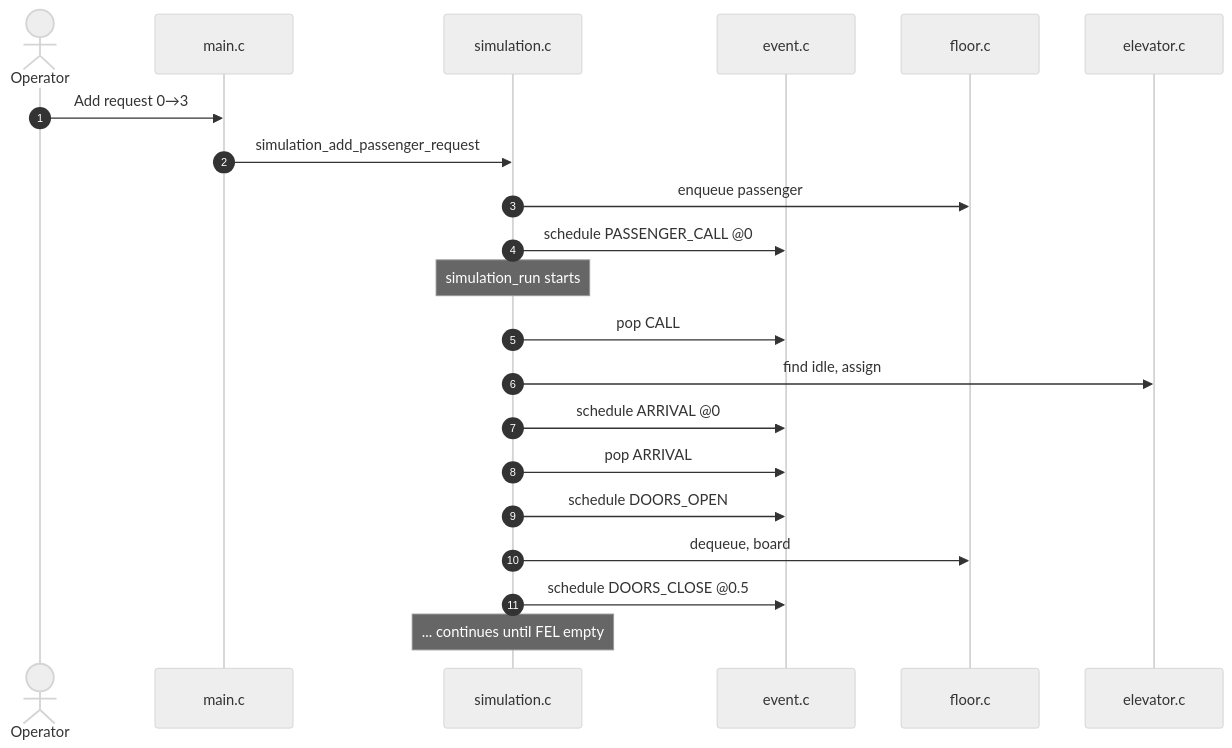
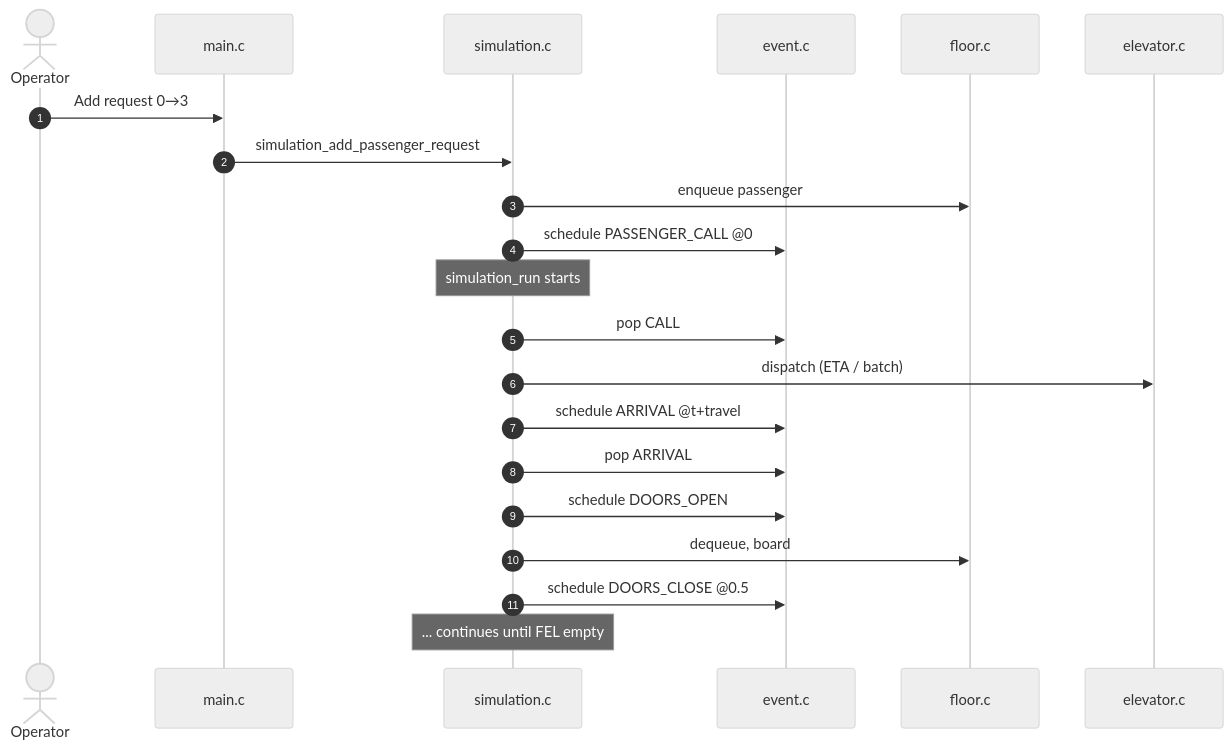
One commit to GalVitrak/Elevator-Managment-DES changed the ninth of 10 diagrams in docs/PROJECT_OVERVIEW_VISUAL.md. Above: the diagram before and after it, drawn with Mermaid (neutral theme). The commit also changed other lines of this file and 51 other files, not shown here.

````diff
--- a/docs/PROJECT_OVERVIEW_VISUAL.md
+++ b/docs/PROJECT_OVERVIEW_VISUAL.md
@@ -183,25 +183,25 @@
 ```mermaid
 sequenceDiagram
     autonumber
     actor Op as Operator
     participant Main as main.c
     participant Sim as simulation.c
     participant FEL as event.c
     participant Fl as floor.c
     participant El as elevator.c
 
     Op->>Main: Add request 0→3
     Main->>Sim: simulation_add_passenger_request
     Sim->>Fl: enqueue passenger
     Sim->>FEL: schedule PASSENGER_CALL @0
 
     Note over Sim: simulation_run starts
     Sim->>FEL: pop CALL
-    Sim->>El: find idle, assign
-    Sim->>FEL: schedule ARRIVAL @0
+    Sim->>El: dispatch (ETA / batch)
+    Sim->>FEL: schedule ARRIVAL @t+travel
     Sim->>FEL: pop ARRIVAL
     Sim->>FEL: schedule DOORS_OPEN
     Sim->>Fl: dequeue, board
     Sim->>FEL: schedule DOORS_CLOSE @0.5
     Note over Sim: ... continues until FEL empty
 ```
````
